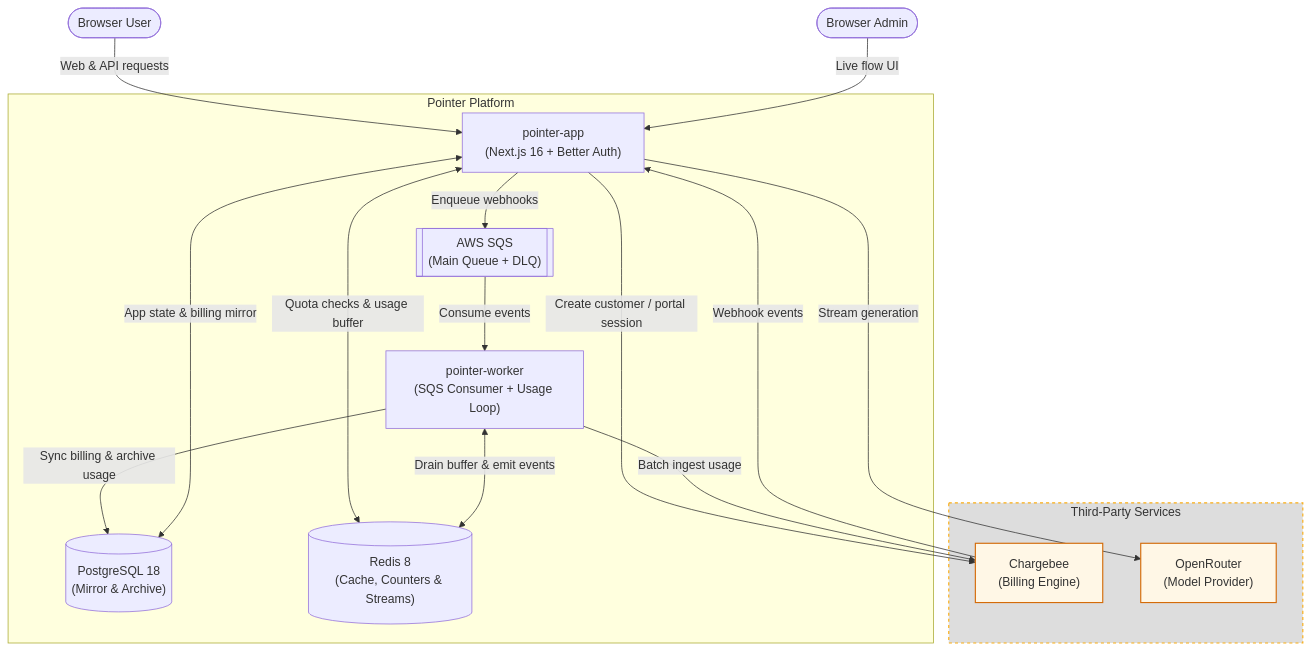
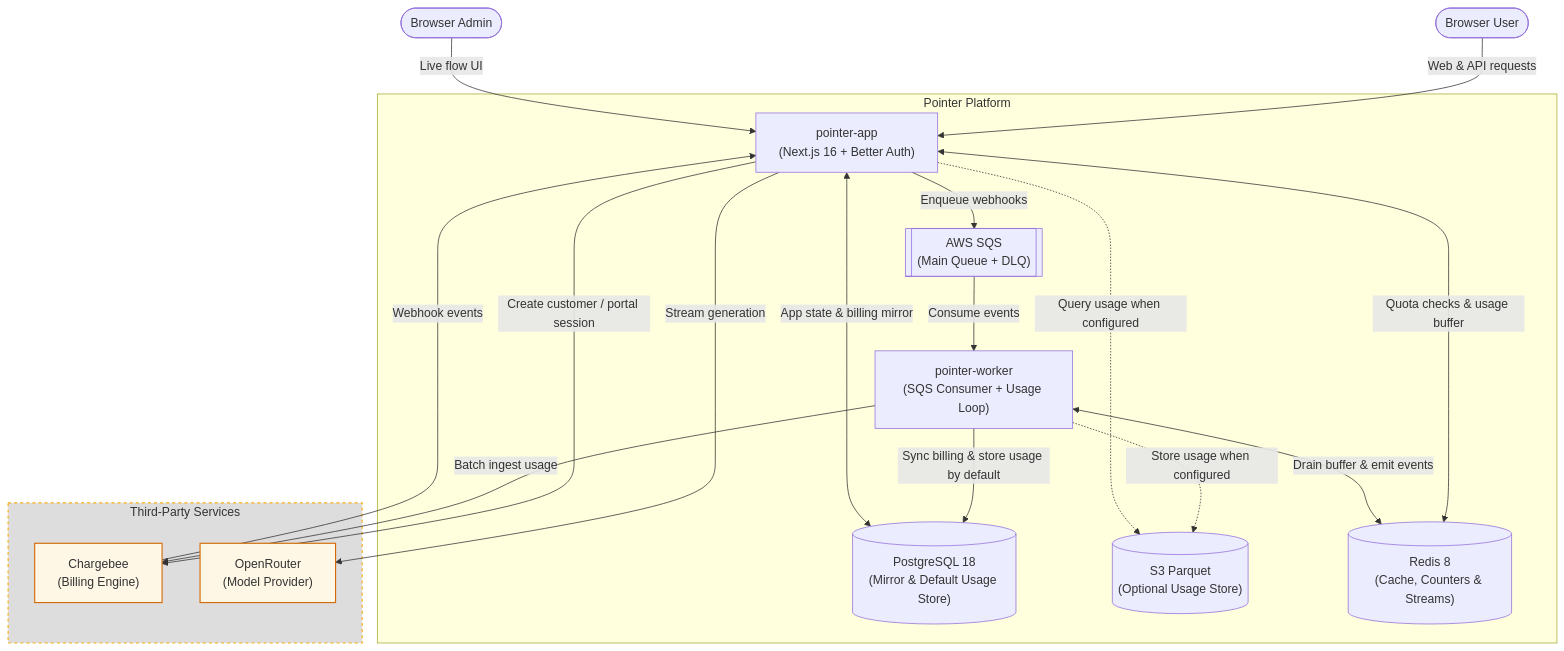
One commit to chargebee/reference-architecture changed the first of 2 diagrams in pointer/ARCHITECTURE.md. Above: the diagram before and after it, drawn with Mermaid. The commit also changed other lines of this file and 25 other files, not shown here.

````diff
--- a/pointer/ARCHITECTURE.md
+++ b/pointer/ARCHITECTURE.md
@@ -9,35 +9,38 @@
 ```mermaid
 flowchart TB
   User([Browser User])
   Admin([Browser Admin])
 
   subgraph Platform["Pointer Platform"]
       App["pointer-app<br/>(Next.js 16 + Better Auth)"]
       Worker["pointer-worker<br/>(SQS Consumer + Usage Loop)"]
       Queue[["AWS SQS<br/>(Main Queue + DLQ)"]]
-      PG[("PostgreSQL 18<br/>(Mirror & Archive)")]
+      PG[("PostgreSQL 18<br/>(Mirror & Default Usage Store)")]
+      S3[("S3 Parquet<br/>(Optional Usage Store)")]
       Redis[("Redis 8<br/>(Cache, Counters & Streams)")]
   end
 
   subgraph ThirdParty["Third-Party Services"]
       CB["Chargebee<br/>(Billing Engine)"]
       OR["OpenRouter<br/>(Model Provider)"]
   end
 
   style ThirdParty fill:#DDDDDD,stroke:#faad14,stroke-width:1.5px,stroke-dasharray: 4 4
   style CB fill:#fff7e6,stroke:#d46b08,stroke-width:1.5px
   style OR fill:#fff7e6,stroke:#d46b08,stroke-width:1.5px
 
   User -->|Web & API requests| App
   Admin -->|Live flow UI| App
   App -->|Create customer / portal session| CB
   CB -->|Webhook events| App
   App -->|Enqueue webhooks| Queue
   Queue -->|Consume events| Worker
-  Worker -->|Sync billing & archive usage| PG
+  Worker -->|Sync billing & store usage by default| PG
+  Worker -.->|Store usage when configured| S3
   Worker -->|Batch ingest usage| CB
   App -->|Stream generation| OR
   App <-->|App state & billing mirror| PG
+  App -.->|Query usage when configured| S3
   App <-->|Quota checks & usage buffer| Redis
   Worker <-->|Drain buffer & emit events| Redis
 ```
````
